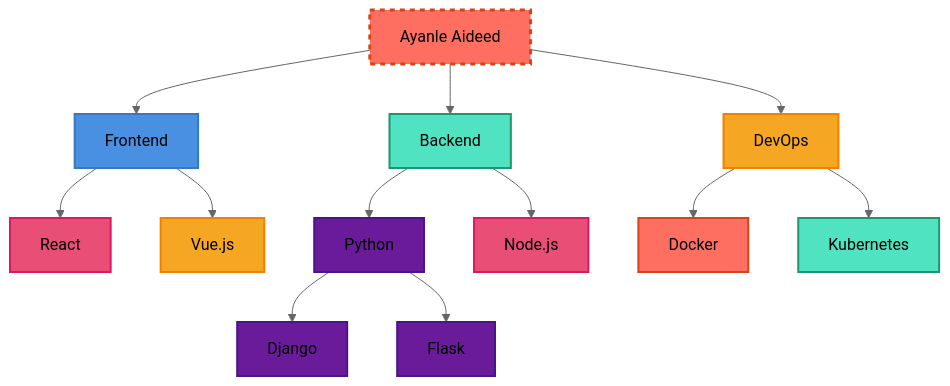
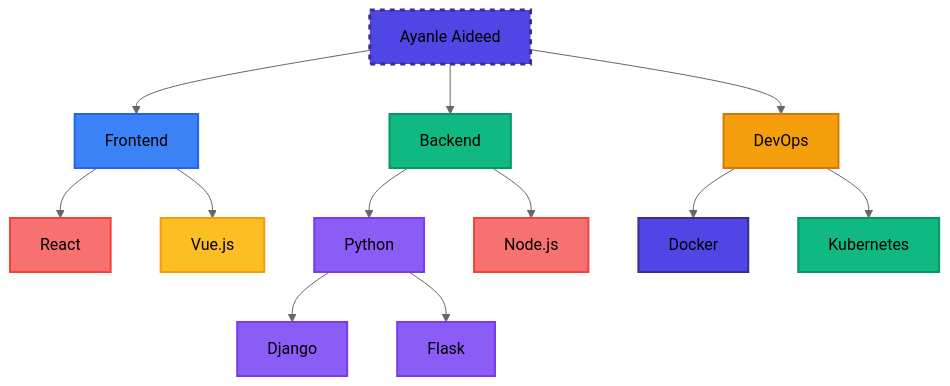
One commit to Ayanleaideed/Ayanleaideed changed the diagram in README.md. Above: the diagram before and after it, drawn with Mermaid (neutral theme).

````diff
--- a/README.md
+++ b/README.md
@@ -113,27 +113,27 @@
 ```mermaid
 graph TD
     A[Ayanle Aideed] --> B[Frontend]
     A --> C[Backend]
     A --> D[DevOps]
     B --> E[React]
     B --> F[Vue.js]
     C --> G[Python]
     C --> H[Node.js]
     D --> I[Docker]
     D --> J[Kubernetes]
     G --> L[Django]
     G --> M[Flask]
-    style A fill:#FF6F61,stroke:#D84315,stroke-width:3px,stroke-dasharray: 5 5
-    style B fill:#4A90E2,stroke:#357ABD,stroke-width:2px
-    style C fill:#50E3C2,stroke:#1D976C,stroke-width:2px
-    style D fill:#F5A623,stroke:#F57F00,stroke-width:2px
-    style E fill:#E94E77,stroke:#D81B60,stroke-width:2px
-    style F fill:#F5A623,stroke:#F57F00,stroke-width:2px
-    style G fill:#6A1B9A,stroke:#4A148C,stroke-width:2px
-    style H fill:#E94E77,stroke:#D81B60,stroke-width:2px
-    style I fill:#FF6F61,stroke:#D84315,stroke-width:2px
-    style J fill:#50E3C2,stroke:#1D976C,stroke-width:2px
-    style L fill:#6A1B9A,stroke:#4A148C,stroke-width:2px
-    style M fill:#6A1B9A,stroke:#4A148C,stroke-width:2px
+    style A fill:#4F46E5,stroke:#3B2C8D,stroke-width:3px,stroke-dasharray: 5 5
+    style B fill:#3B82F6,stroke:#2563EB,stroke-width:2px
+    style C fill:#10B981,stroke:#059669,stroke-width:2px
+    style D fill:#F59E0B,stroke:#D97706,stroke-width:2px
+    style E fill:#F87171,stroke:#F44336,stroke-width:2px
+    style F fill:#FBBF24,stroke:#F59E0B,stroke-width:2px
+    style G fill:#8B5CF6,stroke:#7C3AED,stroke-width:2px
+    style H fill:#F87171,stroke:#F44336,stroke-width:2px
+    style I fill:#4F46E5,stroke:#3B2C8D,stroke-width:2px
+    style J fill:#10B981,stroke:#059669,stroke-width:2px
+    style L fill:#8B5CF6,stroke:#7C3AED,stroke-width:2px
+    style M fill:#8B5CF6,stroke:#7C3AED,stroke-width:2px
 
 ```
````
